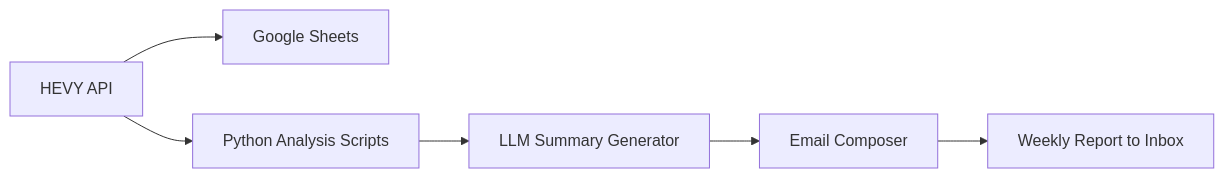
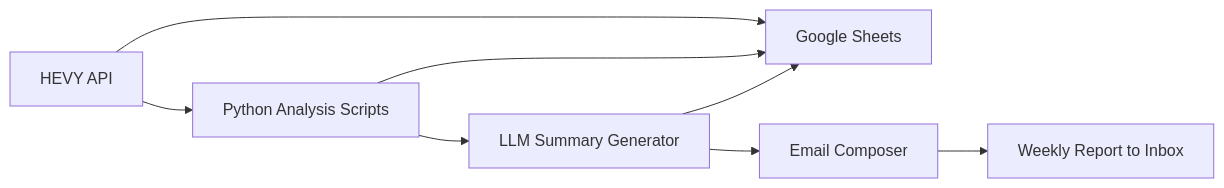
One commit to AbhiCogito/100-days-of-code-python changed the diagram in Capstone_Projects/GymTracker/README.md. Above: the diagram before and after it, drawn with Mermaid. The commit also changed 1 other file, not shown here.

Commit message:
Analysis using pandas

````diff
--- a/Capstone_Projects/GymTracker/README.md
+++ b/Capstone_Projects/GymTracker/README.md
@@ -173,8 +173,10 @@
 ```mermaid
 flowchart LR
 A[HEVY API] --> B[Google Sheets]
 A --> C[Python Analysis Scripts]
+C --> B[Google Sheets]
 C --> D[LLM Summary Generator]
+D --> B[Google Sheets]
 D --> E[Email Composer]
 E --> F[Weekly Report to Inbox]
 ```
````
